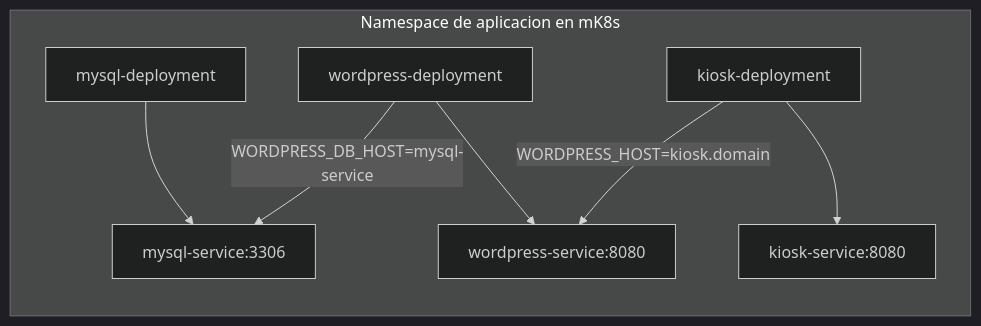
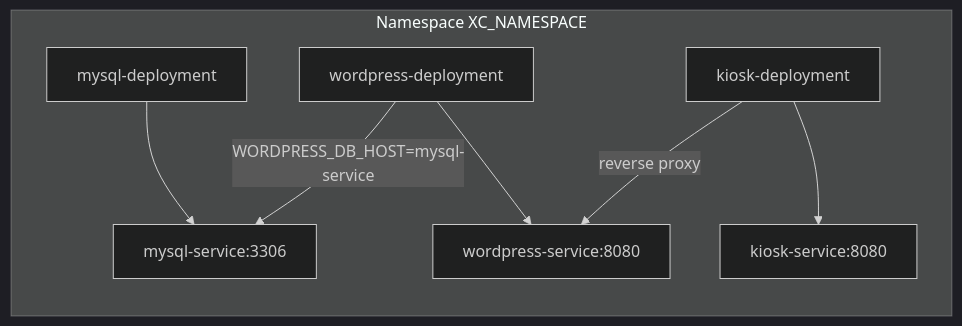
One commit to ocpdata/xcawsedgedemoguide changed the seventh of 14 diagrams in descripcion.md. Above: the diagram before and after it, drawn with Mermaid (dark theme). The commit also changed other lines of this file, not shown here.

Commit message:
Refine deploy architecture topology

````diff
--- a/descripcion.md
+++ b/descripcion.md
@@ -177,17 +245,17 @@
 ```mermaid
 flowchart LR
-    subgraph MK8SNS[Namespace de aplicacion en mK8s]
-        MYSQLD[mysql-deployment]
-        MYSQLS[mysql-service:3306]
-        WPD[wordpress-deployment]
-        WPS[wordpress-service:8080]
-        KIOSKD[kiosk-deployment]
-        KIOSKS[kiosk-service:8080]
+    subgraph NS[Namespace XC_NAMESPACE]
+        MDP[mysql-deployment]
+        MSVC[mysql-service:3306]
+        WDP[wordpress-deployment]
+        WSVC[wordpress-service:8080]
+        KDP[kiosk-deployment]
+        KSVC[kiosk-service:8080]
     end
 
-    MYSQLD --> MYSQLS
-    WPD --> WPS
-    KIOSKD --> KIOSKS
-    WPD -->|WORDPRESS_DB_HOST=mysql-service| MYSQLS
-    KIOSKD -->|WORDPRESS_HOST=kiosk.domain| WPS
+    MDP --> MSVC
+    WDP --> WSVC
+    KDP --> KSVC
+    WDP -->|WORDPRESS_DB_HOST=mysql-service| MSVC
+    KDP -->|reverse proxy| WSVC
 ```
````
